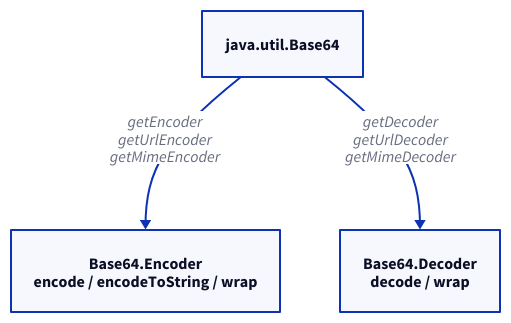
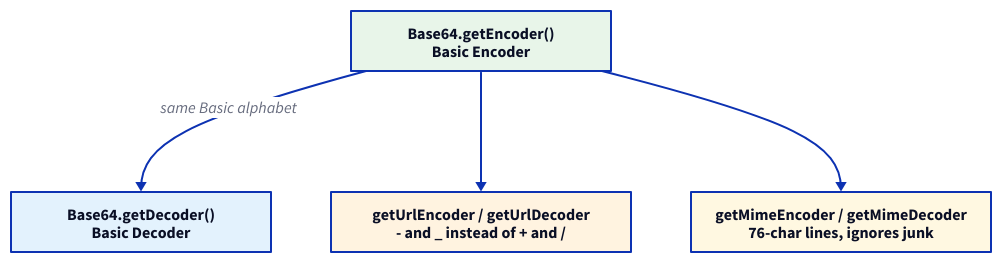
Before and after one commit to LogicAdept/SRS-Obsidian: the diagram in SRS/Which Java 8 class supports Base64 encoding and decoding.md, drawn with D2. The commit also changed other lines of this file and 14 other files, not shown here.

````diff
--- a/SRS/Which Java 8 class supports Base64 encoding and decoding.md
+++ b/SRS/Which Java 8 class supports Base64 encoding and decoding.md
@@ -18,13 +20,27 @@
 ```d2
-cls: "java.util.Base64" {
-  shape: rectangle
+direction: down
+enc: "Base64.getEncoder()\nBasic Encoder" {
+  width: 260
+  height: 60
+  style.fill: "#e8f5e9"
 }
-enc: "Base64.Encoder\nencode / encodeToString / wrap" {
-  shape: rectangle
+dec: "Base64.getDecoder()\nBasic Decoder" {
+  width: 260
+  height: 60
+  style.fill: "#e3f2fd"
 }
-dec: "Base64.Decoder\ndecode / wrap" {
-  shape: rectangle
+url: "getUrlEncoder / getUrlDecoder\n- and _ instead of + and /" {
+  width: 300
+  height: 60
+  style.fill: "#fff3e0"
 }
-cls -> enc: "getEncoder\ngetUrlEncoder\ngetMimeEncoder"
-cls -> dec: "getDecoder\ngetUrlDecoder\ngetMimeDecoder"
+mime: "getMimeEncoder / getMimeDecoder\n76-char lines, ignores junk" {
+  width: 300
+  height: 60
+  style.fill: "#fff8e1"
+}
+
+enc -> dec: "same Basic alphabet"
+enc -> url
+enc -> mime
 ```
````
